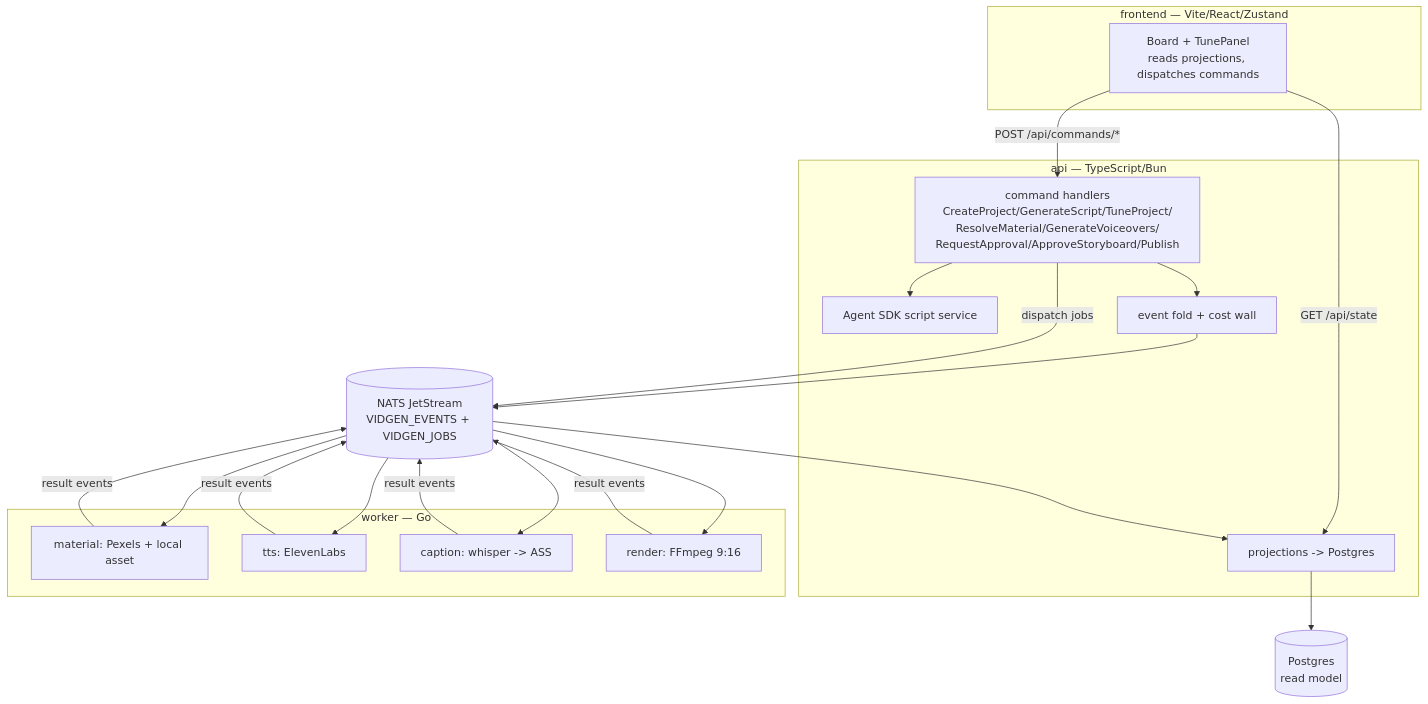
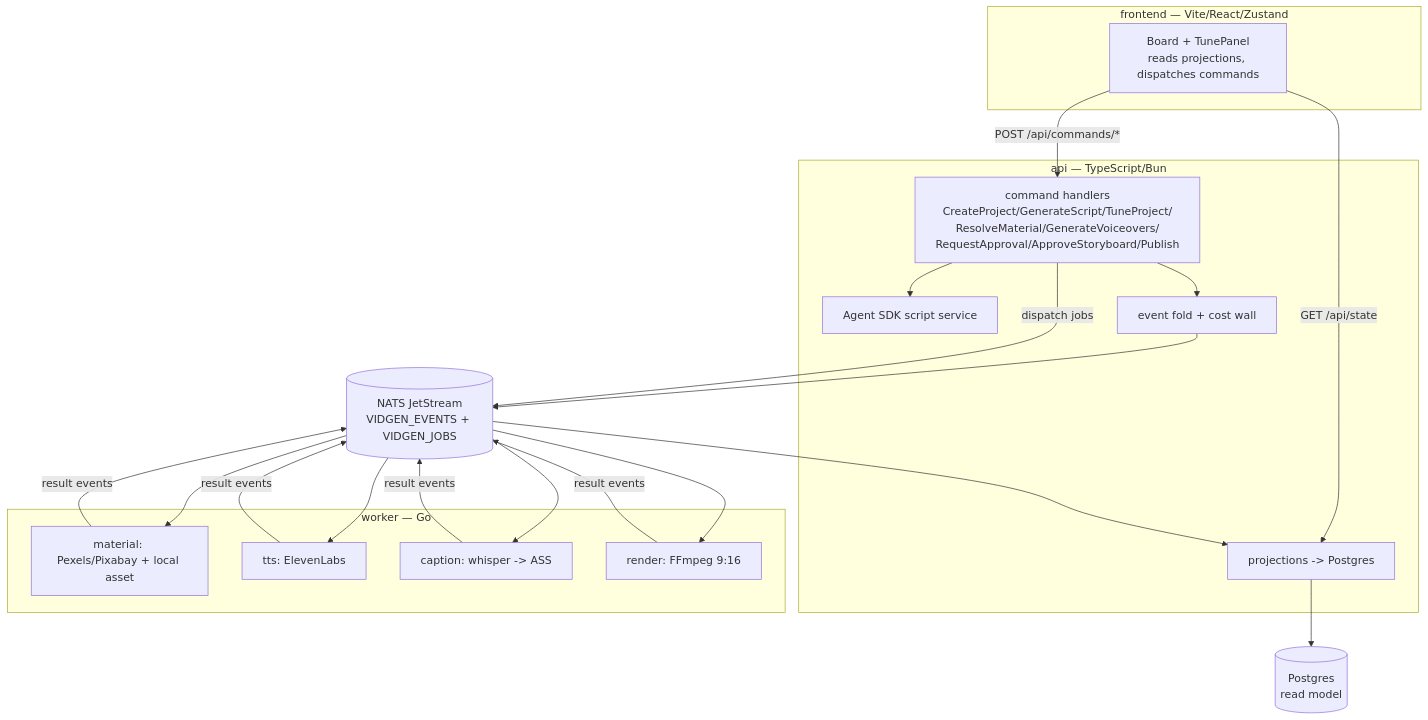
One commit to cuongtranba/video-generation-skill changed the diagram in README.md. Above: the diagram before and after it, drawn with Mermaid. The commit also changed other lines of this file, not shown here.

````diff
--- a/README.md
+++ b/README.md
@@ -17,29 +26,29 @@
 ```mermaid
 flowchart TB
     subgraph fe[frontend — Vite/React/Zustand]
       UI[Board + TunePanel<br/>reads projections, dispatches commands]
     end
     subgraph api[api — TypeScript/Bun]
       CMD[command handlers<br/>CreateProject/GenerateScript/TuneProject/<br/>ResolveMaterial/GenerateVoiceovers/<br/>RequestApproval/ApproveStoryboard/Publish]
       SDK[Agent SDK script service]
       FOLD[event fold + cost wall]
       PROJ[projections -> Postgres]
     end
     subgraph worker[worker — Go]
-      MAT[material: Pexels + local asset]
+      MAT[material: Pexels/Pixabay + local asset]
       TTS[tts: ElevenLabs]
       CAP[caption: whisper -> ASS]
       REN[render: FFmpeg 9:16]
     end
     NATS[(NATS JetStream<br/>VIDGEN_EVENTS + VIDGEN_JOBS)]
     PG[(Postgres<br/>read model)]
 
     UI -->|POST /api/commands/*| CMD
     UI -->|GET /api/state| PROJ
     CMD --> SDK
     CMD --> FOLD --> NATS
     CMD -->|dispatch jobs| NATS
     NATS --> MAT & TTS & CAP & REN
     MAT & TTS & CAP & REN -->|result events| NATS
     NATS --> PROJ --> PG
 ```
````
